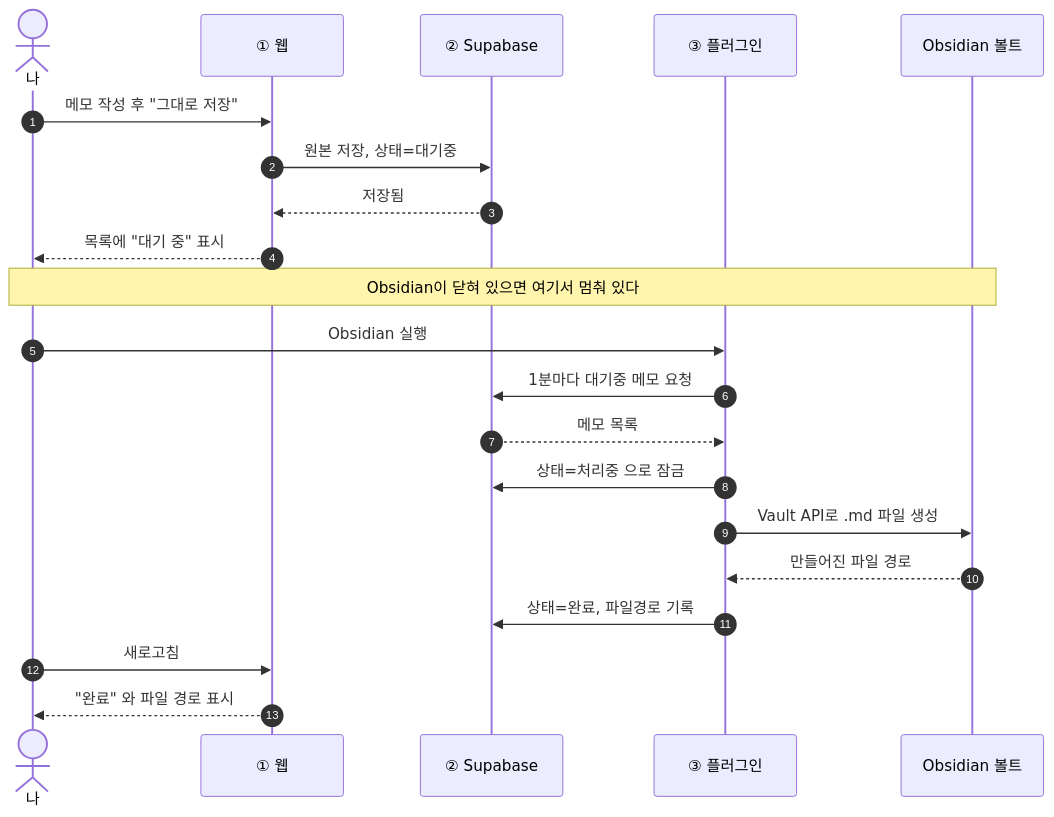
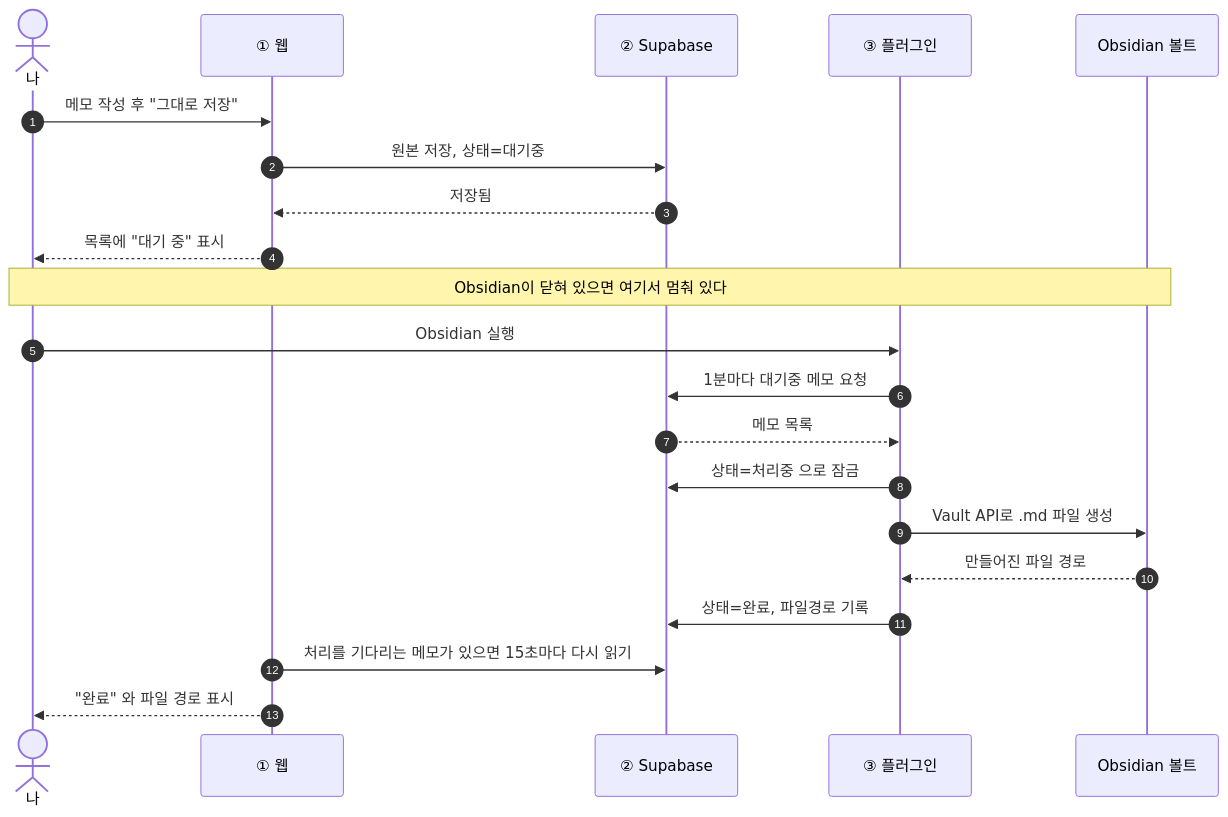
One commit to sxcrxta/personal-hub changed the second of 3 diagrams in docs/architecture.md. Above: the diagram before and after it, drawn with Mermaid. The commit also changed 4 other files, not shown here.

````diff
--- a/docs/architecture.md
+++ b/docs/architecture.md
@@ -136,25 +136,25 @@
 ```mermaid
 sequenceDiagram
     autonumber
     actor 나
     participant 웹 as ① 웹
     participant DB as ② Supabase
     participant 플러그인 as ③ 플러그인
     participant 볼트 as Obsidian 볼트
 
     나->>웹: 메모 작성 후 "그대로 저장"
     웹->>DB: 원본 저장, 상태=대기중
     DB-->>웹: 저장됨
     웹-->>나: 목록에 "대기 중" 표시
     Note over 나,볼트: Obsidian이 닫혀 있으면 여기서 멈춰 있다
 
     나->>플러그인: Obsidian 실행
     플러그인->>DB: 1분마다 대기중 메모 요청
     DB-->>플러그인: 메모 목록
     플러그인->>DB: 상태=처리중 으로 잠금
     플러그인->>볼트: Vault API로 .md 파일 생성
     볼트-->>플러그인: 만들어진 파일 경로
     플러그인->>DB: 상태=완료, 파일경로 기록
-    나->>웹: 새로고침
+    웹->>DB: 처리를 기다리는 메모가 있으면 15초마다 다시 읽기
     웹-->>나: "완료" 와 파일 경로 표시
 ```
````
